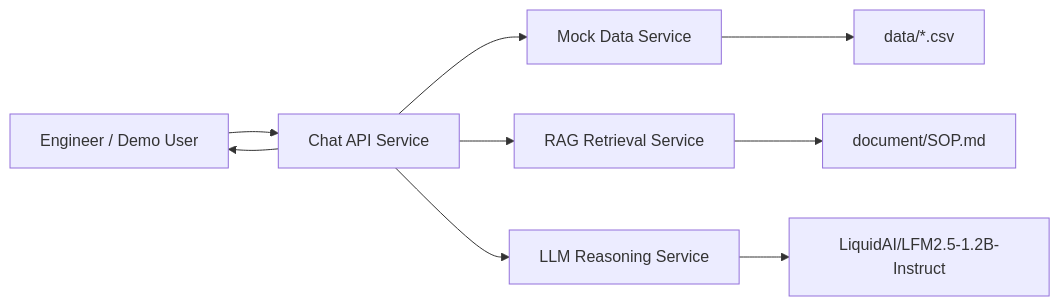
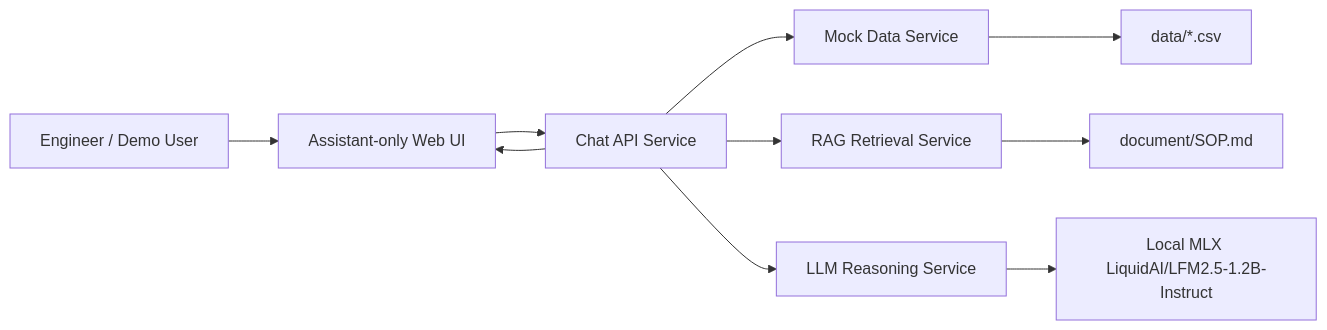
The first of 2 diagrams in document/TECHNICAL_DESIGN.md (minjing1231/internal-engineer-assistant-chatbot), drawn with Mermaid before and after one commit. The commit also changed other lines of this file and 2 other files, not shown here.

````diff
--- a/document/TECHNICAL_DESIGN.md
+++ b/document/TECHNICAL_DESIGN.md
@@ -23,11 +34,12 @@
 ```mermaid
 flowchart LR
-    User["Engineer / Demo User"] --> API["Chat API Service"]
+    User["Engineer / Demo User"] --> FE["Assistant-only Web UI"]
+    FE --> API["Chat API Service"]
     API --> Data["Mock Data Service"]
     API --> RAG["RAG Retrieval Service"]
     API --> LLM["LLM Reasoning Service"]
     RAG --> SOP["document/SOP.md"]
     Data --> CSV["data/*.csv"]
-    LLM --> Model["LiquidAI/LFM2.5-1.2B-Instruct"]
-    API --> User
+    LLM --> Model["Local MLX LiquidAI/LFM2.5-1.2B-Instruct"]
+    API --> FE
 ```
````
